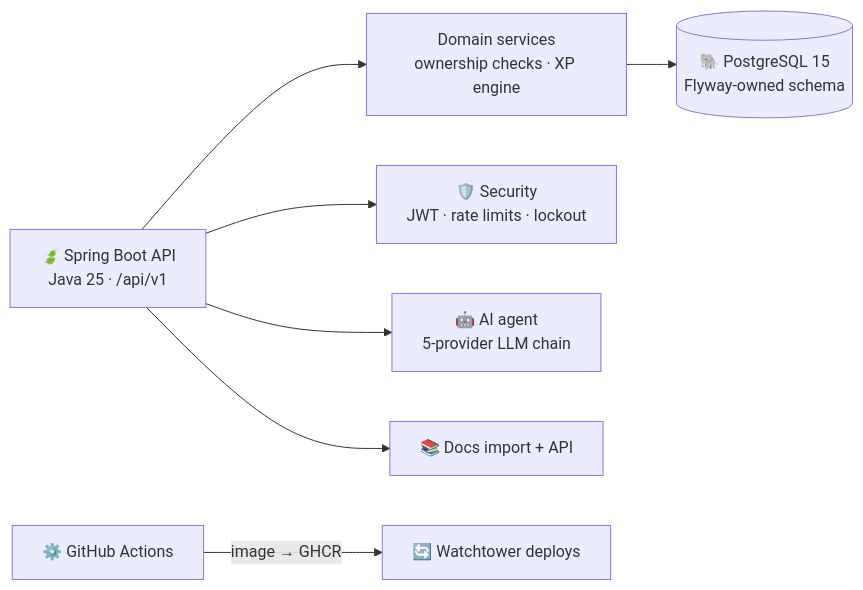
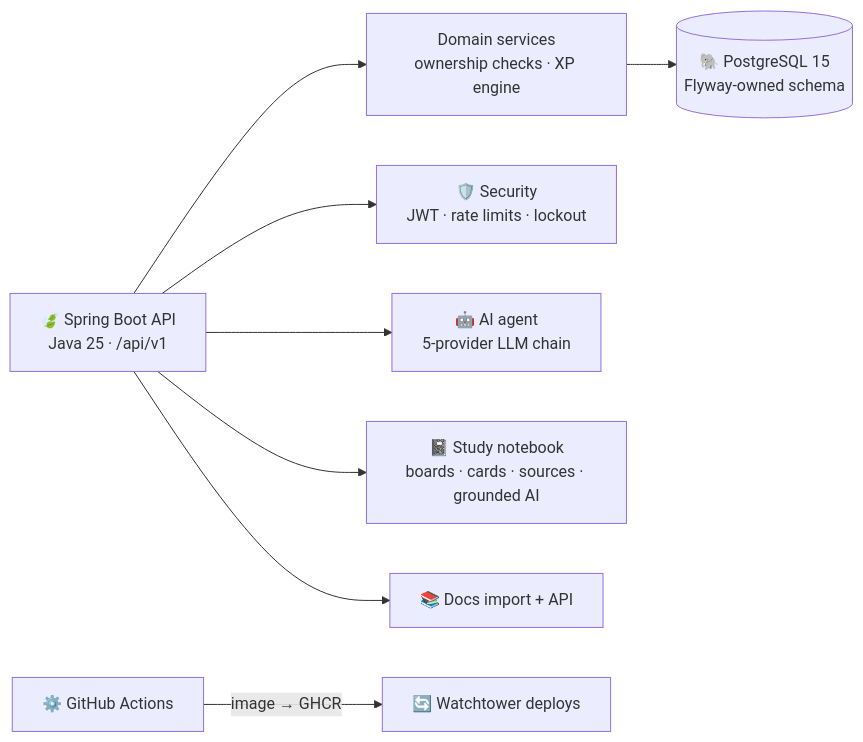
The diagram in projects/beyou-backend/diagram.mmd (AndDev741/Beyou-arch-design), drawn with Mermaid before and after one commit. The commit also changed 39 other files, not shown here.

```diff
--- a/projects/beyou-backend/diagram.mmd
+++ b/projects/beyou-backend/diagram.mmd
@@ -1,8 +1,9 @@
 flowchart LR
   API["🍃 Spring Boot API<br/>Java 25 · /api/v1"]
   API --> DOM["Domain services<br/>ownership checks · XP engine"]
   DOM --> DB[("🐘 PostgreSQL 15<br/>Flyway-owned schema")]
   API --> SEC["🛡️ Security<br/>JWT · rate limits · lockout"]
   API --> AI["🤖 AI agent<br/>5-provider LLM chain"]
+  API --> NB["📓 Study notebook<br/>boards · cards · sources · grounded AI"]
   API --> DOCS["📚 Docs import + API"]
   CI["⚙️ GitHub Actions"] -->|"image → GHCR"| WT["🔄 Watchtower deploys"]
```
